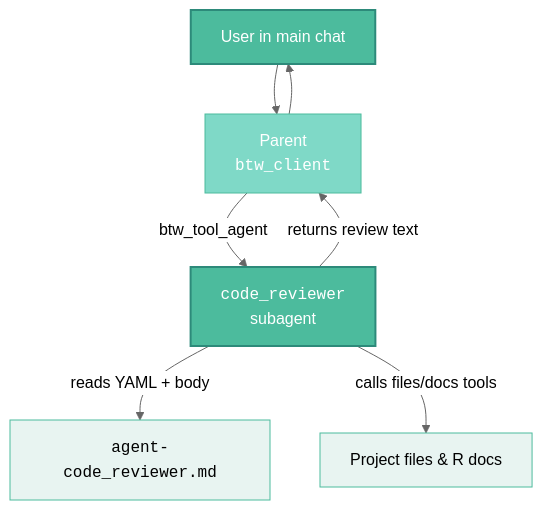
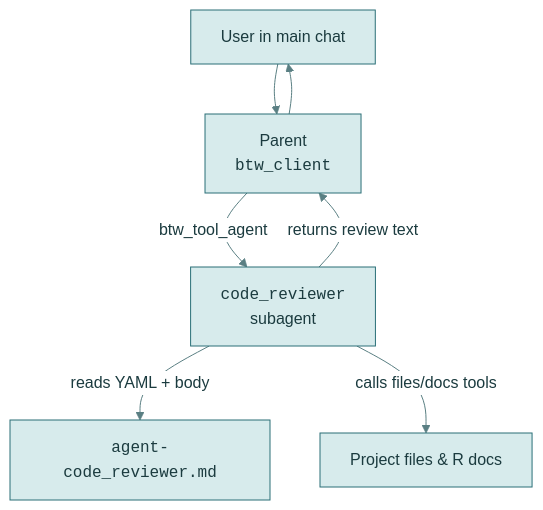
Before and after one commit to mjfrigaard/shiny-app-pkgs: the second of 3 diagrams in btw.qmd, drawn with Mermaid. The commit also changed other lines of this file and 22 other files, not shown here.

First line of the commit message:
Standardize mermaid diagrams on the site teal palette

````diff
--- a/btw.qmd
+++ b/btw.qmd
@@ -623,20 +624,19 @@
 ```{mermaid}
 %%| fig-cap: 'Subagent call'
 %%| fig-align: center
-%%{init: {'theme': 'neutral', 'themeVariables': { 'fontFamily': 'monospace', "fontSize":"16px"}}}%%
+%%{init: {'theme': 'base', 'themeVariables': { 'fontFamily': 'monospace', "fontSize":"16px", "primaryColor":"#D7EBEC", "primaryTextColor":"#1B3B3F", "primaryBorderColor":"#2A6F77", "lineColor":"#5A7F83", "edgeLabelBackground":"#FFFFFF", "clusterBkg":"#F3F8F8", "clusterBorder":"#2A6F77", "darkMode":false}}}%%
 
 flowchart TD
     User[User in main chat] --> ParentChat["Parent<br><code>btw_client</code>"]
     ParentChat -->|btw_tool_agent| Subagent["<code>code_reviewer</code><br>subagent"]
     Subagent -->|reads YAML + body| Spec["<code>agent-code_reviewer.md</code>"]
     Subagent -->|calls files/docs tools| Project["Project files & R docs"]
     Subagent -->|returns review text| ParentChat
     ParentChat --> User
 
-    style User fill:#4CBB9D,color:#fff,stroke:#2d8a7a,stroke-width:2px
-    style ParentChat fill:#7fd9c7,color:#fff,stroke:#4CBB9D,stroke-width:1px
-    style Subagent fill:#4CBB9D,color:#fff,stroke:#2d8a7a,stroke-width:2px
-    style Spec fill:#e8f4f1,stroke:#4CBB9D,stroke-width:1px,color:#000
-    style Project fill:#e8f4f1,stroke:#4CBB9D,stroke-width:1px,color:#000
-
+    classDef term fill:#2A6F77,color:#FFFFFF,stroke:#1B4F55,stroke-width:1px
+    classDef step fill:#D7EBEC,color:#1B3B3F,stroke:#2A6F77,stroke-width:1px
+    classDef decision fill:#F4C26B,color:#3D2A00,stroke:#B7832B,stroke-width:1px
+    classDef io fill:#FFFFFF,color:#1B3B3F,stroke:#2A6F77,stroke-width:1px
+    class ParentChat,Subagent,Spec,Project step
 ```
````
